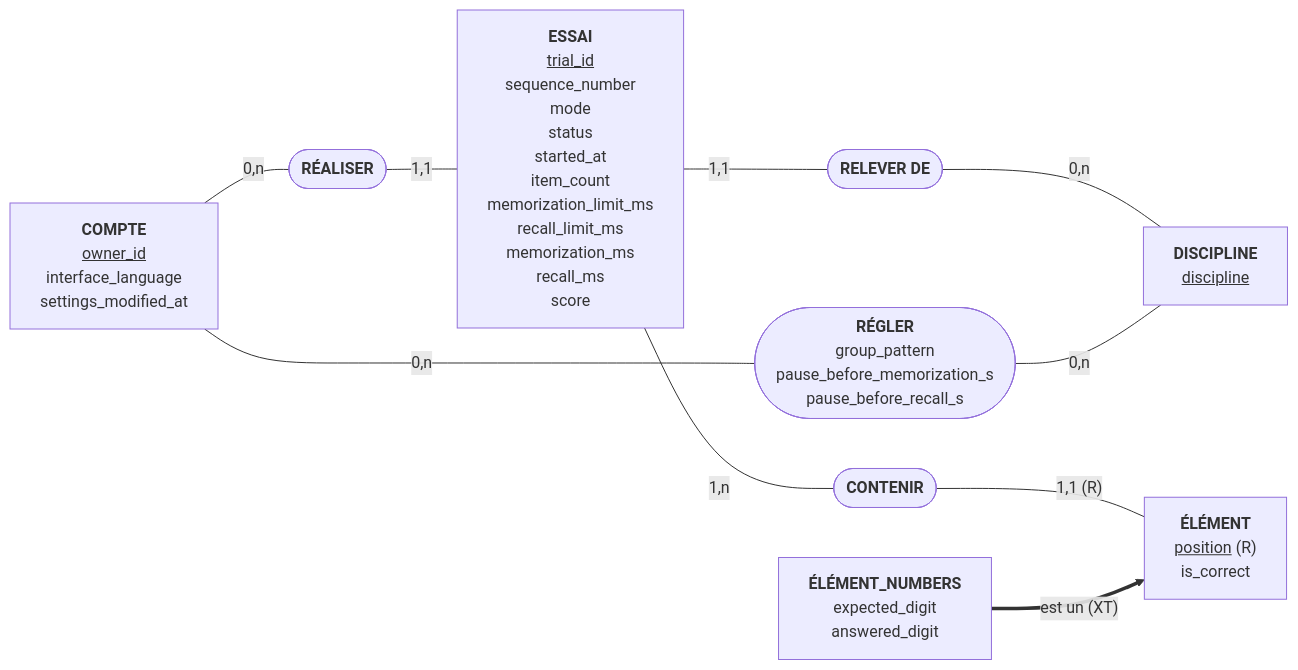
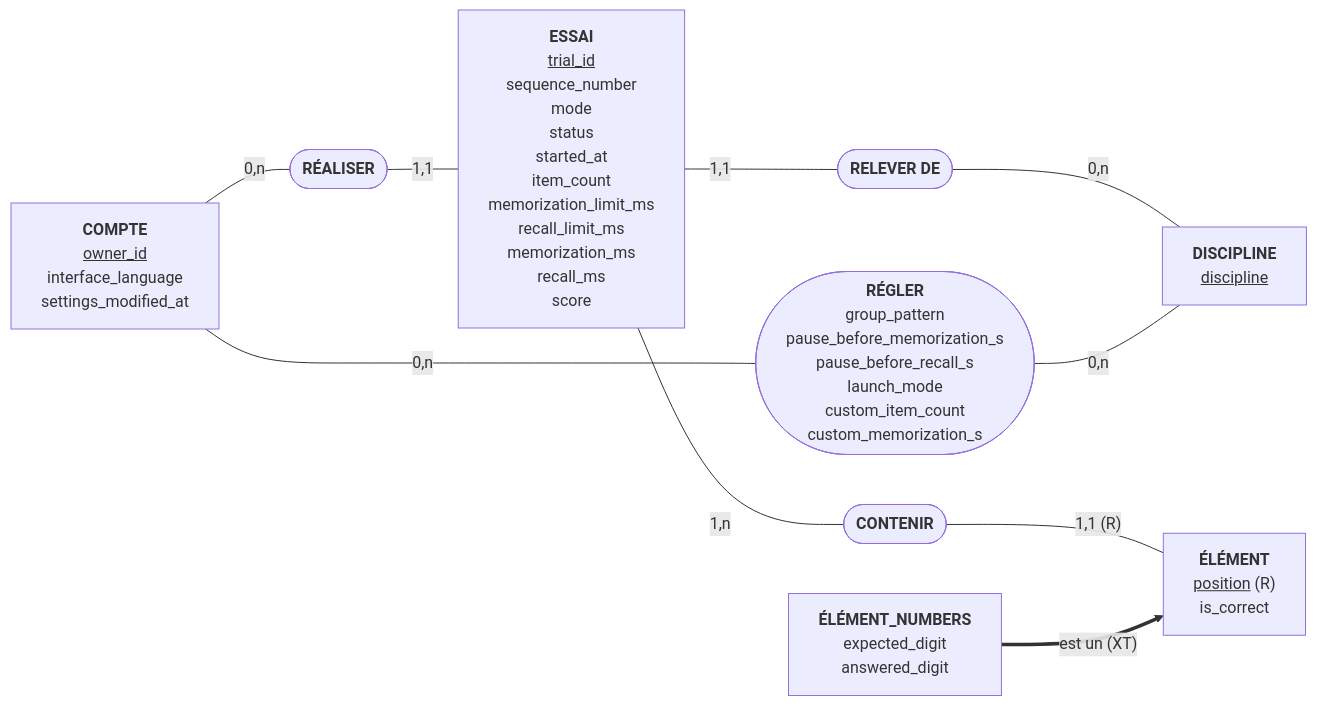
Before and after one commit to gabrielluthun/memory-trainer: the first of 2 diagrams in docs/04-specifications/bdd/mcd.md, drawn with Mermaid. The commit also changed other lines of this file, not shown here.

Commit message:
docs(specs): add last launch settings to the conceptual model

````diff
--- a/docs/04-specifications/bdd/mcd.md
+++ b/docs/04-specifications/bdd/mcd.md
@@ -18,23 +18,23 @@
 ```mermaid
 flowchart LR
     COMPTE["<b>COMPTE</b><br/><u>owner_id</u><br/>interface_language<br/>settings_modified_at"]
     DISCIPLINE["<b>DISCIPLINE</b><br/><u>discipline</u>"]
     ESSAI["<b>ESSAI</b><br/><u>trial_id</u><br/>sequence_number<br/>mode<br/>status<br/>started_at<br/>item_count<br/>memorization_limit_ms<br/>recall_limit_ms<br/>memorization_ms<br/>recall_ms<br/>score"]
     ELEMENT["<b>ÉLÉMENT</b><br/><u>position</u> (R)<br/>is_correct"]
     ELEMENT_NUMBERS["<b>ÉLÉMENT_NUMBERS</b><br/>expected_digit<br/>answered_digit"]
 
     REALISER(["<b>RÉALISER</b>"])
     RELEVER(["<b>RELEVER DE</b>"])
     CONTENIR(["<b>CONTENIR</b>"])
-    REGLER(["<b>RÉGLER</b><br/>group_pattern<br/>pause_before_memorization_s<br/>pause_before_recall_s"])
+    REGLER(["<b>RÉGLER</b><br/>group_pattern<br/>pause_before_memorization_s<br/>pause_before_recall_s<br/>launch_mode<br/>custom_item_count<br/>custom_memorization_s"])
 
     COMPTE ---|"0,n"| REALISER
     REALISER ---|"1,1"| ESSAI
     ESSAI ---|"1,1"| RELEVER
     RELEVER ---|"0,n"| DISCIPLINE
     ESSAI ---|"1,n"| CONTENIR
     CONTENIR ---|"1,1 (R)"| ELEMENT
     COMPTE ---|"0,n"| REGLER
     REGLER ---|"0,n"| DISCIPLINE
     ELEMENT_NUMBERS ==>|"est un (XT)"| ELEMENT
 ```
````
